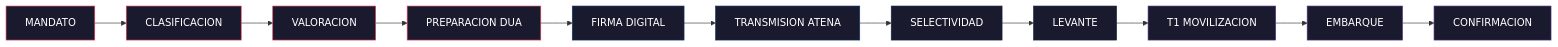
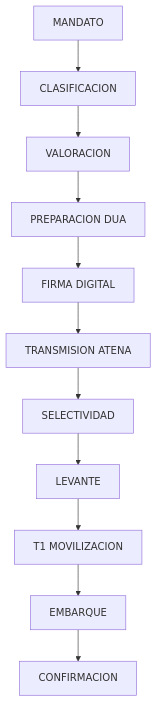
Before and after one commit to vertivolatam/aduanext: the diagram in docs/site/content/docs/sops/index.md, drawn with Mermaid. The commit also changed 1 other file, not shown here.

Commit message:
fix(docs): make Mermaid flow diagrams vertical + fix contrast
Two fixes for unreadable Mermaid flow diagrams on the docs site:

1. Direction: graph LR -> graph TD on the landing-page architecture
   diagram and the SOP flow diagram. With 11 nodes LR was cramming text
   into tiny boxes. Vertical layout gives each node room to breathe.

2. Contrast: remove hardcoded inline styles from the SOP flow diagram
   (style X fill:#1a1a2e,stroke:...,color:#fff). Material for MkDocs
   honors the fill override but ignores the color override, producing
   illegible black text on dark navy. Defaulting to the theme-provided
   palette (as the legal hierarchy diagram does) fixes it.

Verified against the working diagram at
https://vertivolatam.github.io/aduanext/docs/legal/#jerarquia-de-fuentes-lga-art-4

````diff
--- a/docs/site/content/docs/sops/index.md
+++ b/docs/site/content/docs/sops/index.md
@@ -61,25 +61,13 @@
 ```mermaid
-graph LR
+graph TD
     A[MANDATO] --> B[CLASIFICACION]
     B --> C[VALORACION]
     C --> D[PREPARACION DUA]
     D --> E[FIRMA DIGITAL]
     E --> F[TRANSMISION ATENA]
     F --> G[SELECTIVIDAD]
     G --> H[LEVANTE]
     H --> I[T1 MOVILIZACION]
     I --> J[EMBARQUE]
     J --> K[CONFIRMACION]
-
-    style A fill:#1a1a2e,stroke:#e94560,color:#fff
-    style B fill:#1a1a2e,stroke:#e94560,color:#fff
-    style C fill:#1a1a2e,stroke:#e94560,color:#fff
-    style D fill:#1a1a2e,stroke:#e94560,color:#fff
-    style E fill:#1a1a2e,stroke:#0f3460,color:#fff
-    style F fill:#1a1a2e,stroke:#0f3460,color:#fff
-    style G fill:#1a1a2e,stroke:#16213e,color:#fff
-    style H fill:#1a1a2e,stroke:#16213e,color:#fff
-    style I fill:#1a1a2e,stroke:#533483,color:#fff
-    style J fill:#1a1a2e,stroke:#533483,color:#fff
-    style K fill:#1a1a2e,stroke:#533483,color:#fff
 ```
````
